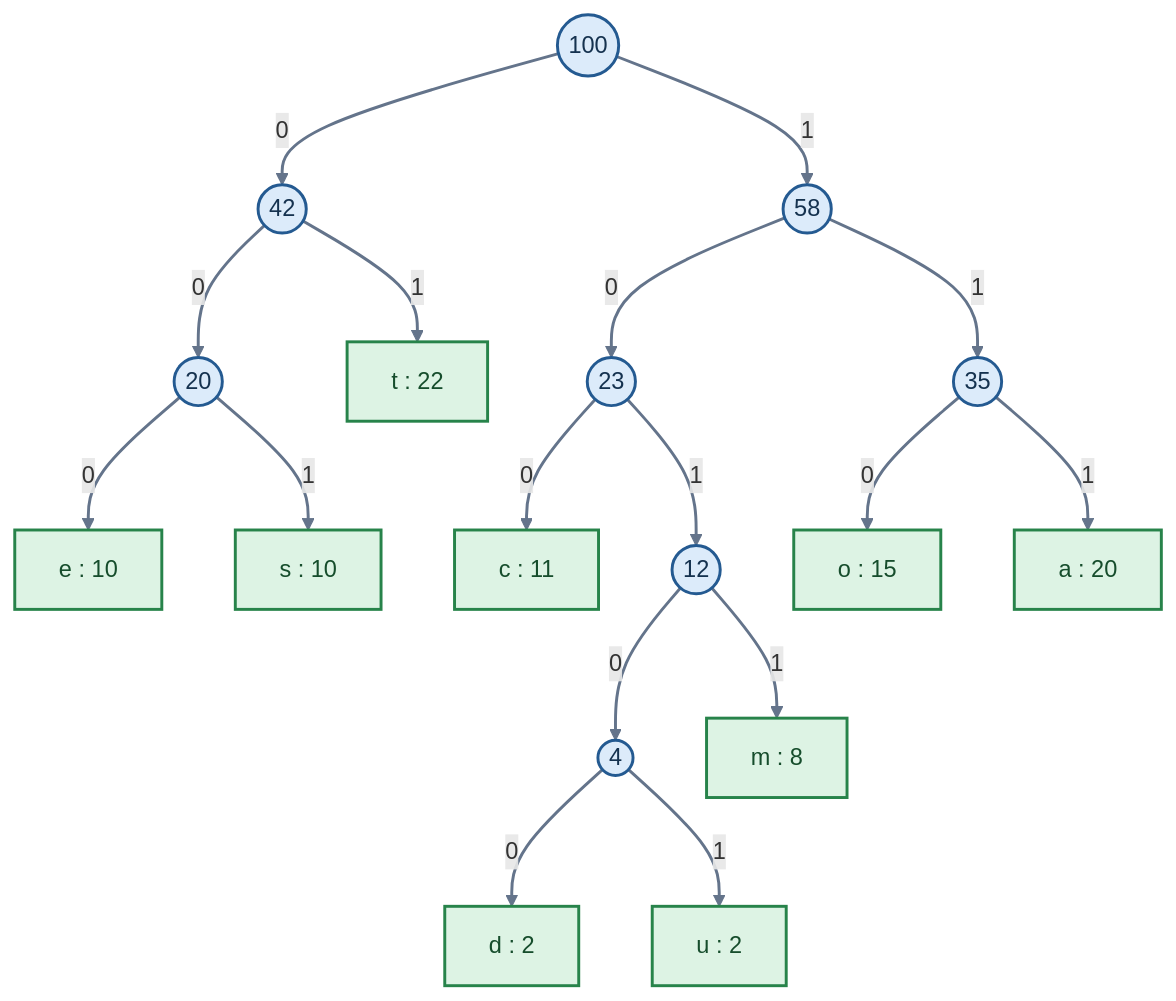
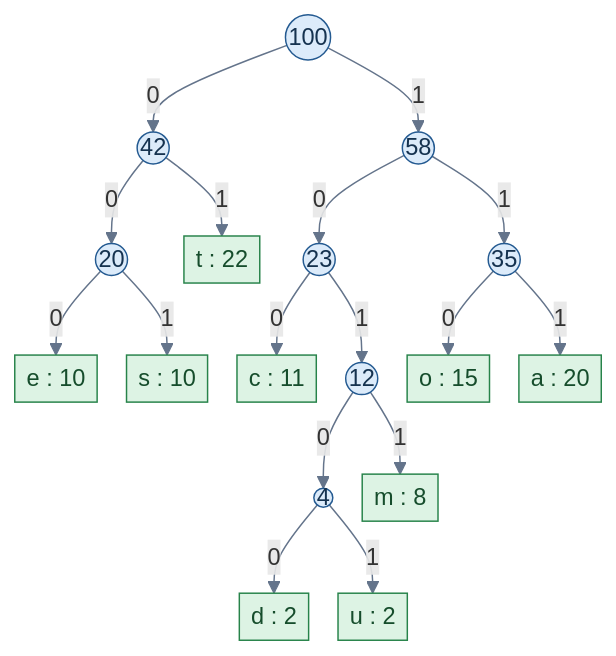
Before and after one commit to AmanRaj1206/DAA-LAB-CSE-204: the diagram in Exp-08/Problem solution.md, drawn with Mermaid. The commit also changed other lines of this file, not shown here.

Commit message:
Update Problem solution.md

````diff
--- a/Exp-08/Problem solution.md
+++ b/Exp-08/Problem solution.md
@@ -48,36 +50,37 @@
 ```mermaid
+%%{init: {"flowchart": {"nodeSpacing": 20, "rankSpacing": 25, "padding": 4, "htmlLabels": true}}}%%
 flowchart TD
     R(("100"))
 
     R -->|0| N42(("42"))
     R -->|1| N58(("58"))
 
     N42 -->|0| N20(("20"))
     N42 -->|1| T["t : 22"]
 
     N20 -->|0| E["e : 10"]
     N20 -->|1| S["s : 10"]
 
     N58 -->|0| N23(("23"))
     N58 -->|1| N35(("35"))
 
     N23 -->|0| C["c : 11"]
     N23 -->|1| N12(("12"))
 
     N12 -->|0| N4(("4"))
     N12 -->|1| M["m : 8"]
 
     N4 -->|0| D["d : 2"]
     N4 -->|1| U["u : 2"]
 
     N35 -->|0| O["o : 15"]
     N35 -->|1| A["a : 20"]
 
-    classDef internal fill:#DCEBFA,stroke:#245A91,stroke-width:2px,color:#15324F;
-    classDef leaf fill:#DDF3E4,stroke:#27834A,stroke-width:2px,color:#164D2C;
+    classDef internal fill:#DCEBFA,stroke:#245A91,stroke-width:1px,color:#15324F;
+    classDef leaf fill:#DDF3E4,stroke:#27834A,stroke-width:1px,color:#164D2C;
 
     class R,N42,N58,N20,N23,N12,N4,N35 internal;
     class T,E,S,C,M,D,U,O,A leaf;
 
-    linkStyle default stroke:#64748B,stroke-width:2px;
+    linkStyle default stroke:#64748B,stroke-width:1px;
 ```
````
